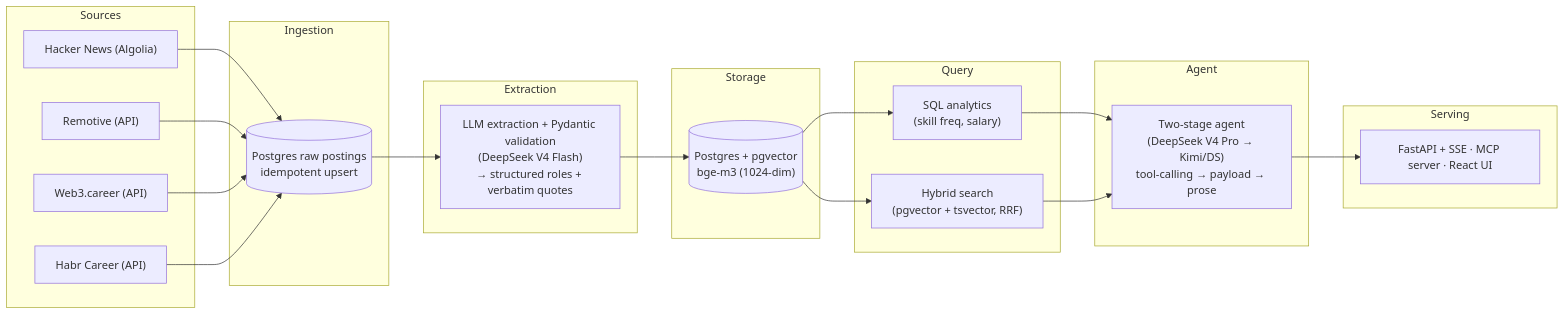
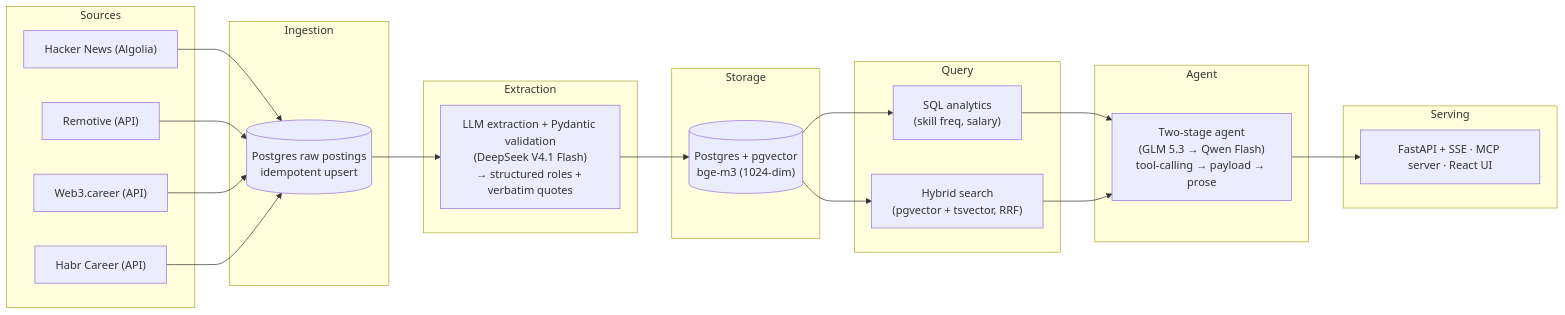
The diagram in README.md (IvanWend/techanizer), drawn with Mermaid before and after one commit. The commit also changed other lines of this file and 27 other files, not shown here.

````diff
--- a/README.md
+++ b/README.md
@@ -18,35 +18,35 @@
 ```mermaid
 flowchart LR
     subgraph SRC["Sources"]
         hn["Hacker News (Algolia)"]
         rem["Remotive (API)"]
         w3["Web3.career (API)"]
         hab["Habr Career (API)"]
     end
     subgraph INGEST["Ingestion"]
         raw[("Postgres raw postings<br/>idempotent upsert")]
     end
     subgraph EXTRACT["Extraction"]
-        ext["LLM extraction + Pydantic validation<br/>(DeepSeek V4 Flash)<br/>→ structured roles + verbatim quotes"]
+        ext["LLM extraction + Pydantic validation<br/>(DeepSeek V4.1 Flash)<br/>→ structured roles + verbatim quotes"]
     end
     subgraph STORE["Storage"]
         db[("Postgres + pgvector<br/>bge-m3 (1024-dim)")]
     end
     subgraph QUERY["Query"]
         sql["SQL analytics<br/>(skill freq, salary)"]
         vec["Hybrid search<br/>(pgvector + tsvector, RRF)"]
     end
     subgraph AGENT["Agent"]
-        agent["Two-stage agent<br/>(DeepSeek V4 Pro → Kimi/DS)<br/>tool-calling → payload → prose"]
+        agent["Two-stage agent<br/>(GLM 5.3 → Qwen Flash)<br/>tool-calling → payload → prose"]
     end
     subgraph SERVE["Serving"]
         ui["FastAPI + SSE · MCP server · React UI"]
     end
 
     hn & rem & w3 & hab --> raw
     raw --> ext
     ext --> db
     db --> sql & vec
     sql & vec --> agent
     agent --> ui
 ```
````
